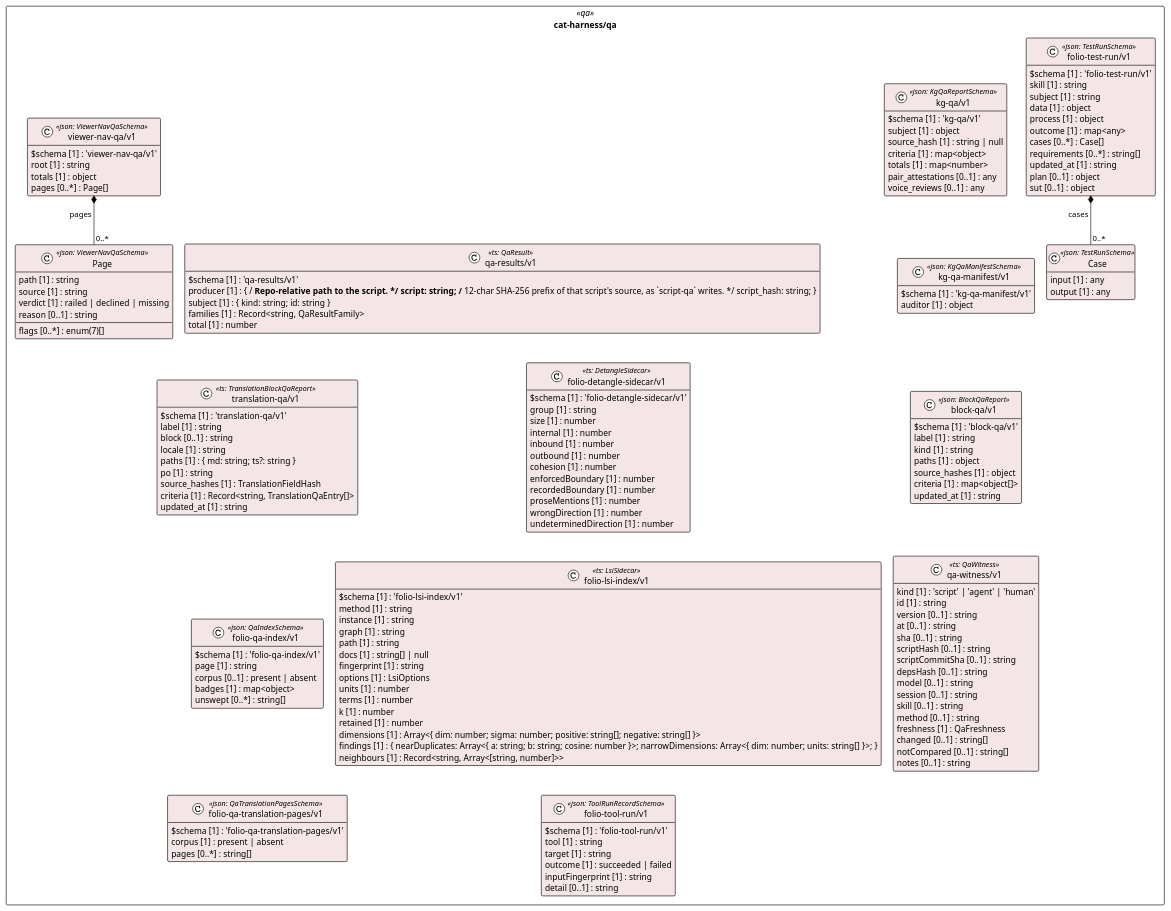
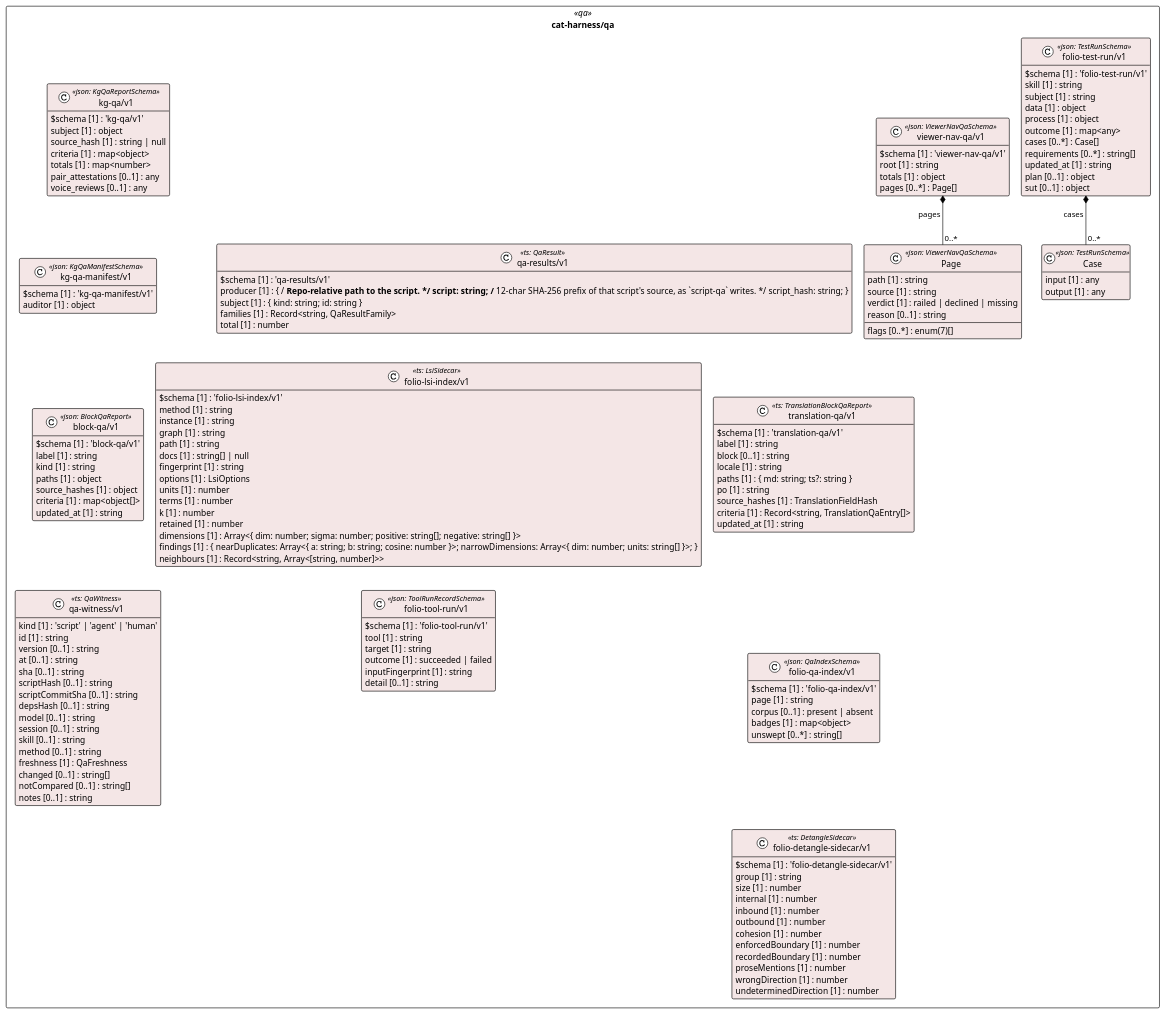
Before and after one commit to litlfred/folio-assistant: the diagram in cat-harness/uml/overview/cat-harness/qa.puml, drawn with PlantUML. The commit also changed 12 other files, not shown here.

```diff
--- a/cat-harness/uml/overview/cat-harness/qa.puml
+++ b/cat-harness/uml/overview/cat-harness/qa.puml
@@ -3,153 +3,148 @@
 @startuml cat_harness_qa
 !pragma layout elk
 !theme plain
 skinparam classAttributeIconSize 0
 skinparam shadowing false
 skinparam packageStyle rectangle
 hide empty methods
 
 package "cat-harness/qa" as pkg_cat_harness_qa <<qa>> {
   class "kg-qa/v1" as cat_harness_qa_kg_qa_v1_kg_qa_v1 <<json: KgQaReportSchema>> #f4e6e6 {
     $schema [1] : 'kg-qa/v1'
     subject [1] : object
     source_hash [1] : string | null
     criteria [1] : map<object>
     totals [1] : map<number>
     pair_attestations [0..1] : any
     voice_reviews [0..1] : any
   }
   class "kg-qa-manifest/v1" as cat_harness_qa_kg_qa_manifest_v1_kg_qa_manifest_v1 <<json: KgQaManifestSchema>> #f4e6e6 {
     $schema [1] : 'kg-qa-manifest/v1'
     auditor [1] : object
   }
   class "block-qa/v1" as cat_harness_qa_block_qa_v1_block_qa_v1 <<json: BlockQaReport>> #f4e6e6 {
     $schema [1] : 'block-qa/v1'
     label [1] : string
     kind [1] : string
     paths [1] : object
     source_hashes [1] : object
     criteria [1] : map<object[]>
     updated_at [1] : string
   }
   class "Case" as cat_harness_qa_folio_test_run_v1_Case <<json: TestRunSchema>> #f4e6e6 {
     input [1] : any
     output [1] : any
   }
   class "folio-test-run/v1" as cat_harness_qa_folio_test_run_v1_folio_test_run_v1 <<json: TestRunSchema>> #f4e6e6 {
     $schema [1] : 'folio-test-run/v1'
     skill [1] : string
     subject [1] : string
     data [1] : object
     process [1] : object
     outcome [1] : map<any>
     cases [0..*] : Case[]
     requirements [0..*] : string[]
     updated_at [1] : string
     plan [0..1] : object
     sut [0..1] : object
   }
   class "qa-witness/v1" as cat_harness_qa_qa_witness_v1 <<ts: QaWitness>> #f4e6e6 {
     kind [1] : 'script' | 'agent' | 'human'
     id [1] : string
     version [0..1] : string
     at [0..1] : string
     sha [0..1] : string
     scriptHash [0..1] : string
     scriptCommitSha [0..1] : string
     depsHash [0..1] : string
     model [0..1] : string
     session [0..1] : string
     skill [0..1] : string
     method [0..1] : string
     freshness [1] : QaFreshness
     changed [0..1] : string[]
     notCompared [0..1] : string[]
     notes [0..1] : string
   }
   class "qa-results/v1" as cat_harness_qa_qa_results_v1 <<ts: QaResult>> #f4e6e6 {
     $schema [1] : 'qa-results/v1'
     producer [1] : { /** Repo-relative path to the script. */ script: string; /** 12-char SHA-256 prefix of that script's source, as `script-qa` writes. */ script_hash: string; }
     subject [1] : { kind: string; id: string }
     families [1] : Record<string, QaResultFamily>
     total [1] : number
   }
   class "translation-qa/v1" as cat_harness_qa_translation_qa_v1 <<ts: TranslationBlockQaReport>> #f4e6e6 {
     $schema [1] : 'translation-qa/v1'
     label [1] : string
     block [0..1] : string
     locale [1] : string
     paths [1] : { md: string; ts?: string }
     po [1] : string
     source_hashes [1] : TranslationFieldHash
     criteria [1] : Record<string, TranslationQaEntry[]>
     updated_at [1] : string
   }
   class "folio-qa-index/v1" as cat_harness_qa_folio_qa_index_v1_folio_qa_index_v1 <<json: QaIndexSchema>> #f4e6e6 {
     $schema [1] : 'folio-qa-index/v1'
     page [1] : string
     corpus [0..1] : present | absent
     badges [1] : map<object>
     unswept [0..*] : string[]
   }
-  class "folio-qa-translation-pages/v1" as cat_harness_qa_folio_qa_translation_pages_v1_folio_qa_translation_pages_v1 <<json: QaTranslationPagesSchema>> #f4e6e6 {
-    $schema [1] : 'folio-qa-translation-pages/v1'
-    corpus [1] : present | absent
-    pages [0..*] : string[]
-  }
   class "folio-detangle-sidecar/v1" as cat_harness_qa_folio_detangle_sidecar_v1 <<ts: DetangleSidecar>> #f4e6e6 {
     $schema [1] : 'folio-detangle-sidecar/v1'
     group [1] : string
     size [1] : number
     internal [1] : number
     inbound [1] : number
     outbound [1] : number
     cohesion [1] : number
     enforcedBoundary [1] : number
     recordedBoundary [1] : number
     proseMentions [1] : number
     wrongDirection [1] : number
     undeterminedDirection [1] : number
   }
   class "folio-lsi-index/v1" as cat_harness_qa_folio_lsi_index_v1 <<ts: LsiSidecar>> #f4e6e6 {
     $schema [1] : 'folio-lsi-index/v1'
     method [1] : string
     instance [1] : string
     graph [1] : string
     path [1] : string
     docs [1] : string[] | null
     fingerprint [1] : string
     options [1] : LsiOptions
     units [1] : number
     terms [1] : number
     k [1] : number
     retained [1] : number
     dimensions [1] : Array<{ dim: number; sigma: number; positive: string[]; negative: string[] }>
     findings [1] : { nearDuplicates: Array<{ a: string; b: string; cosine: number }>; narrowDimensions: Array<{ dim: number; units: string[] }>; }
     neighbours [1] : Record<string, Array<[string, number]>>
   }
   class "folio-tool-run/v1" as cat_harness_qa_folio_tool_run_v1_folio_tool_run_v1 <<json: ToolRunRecordSchema>> #f4e6e6 {
     $schema [1] : 'folio-tool-run/v1'
     tool [1] : string
     target [1] : string
     outcome [1] : succeeded | failed
     inputFingerprint [1] : string
     detail [0..1] : string
   }
   class "Page" as cat_harness_qa_viewer_nav_qa_v1_Page <<json: ViewerNavQaSchema>> #f4e6e6 {
     path [1] : string
     source [1] : string
     verdict [1] : railed | declined | missing
     reason [0..1] : string
     flags [0..*] : enum(7)[]
   }
   class "viewer-nav-qa/v1" as cat_harness_qa_viewer_nav_qa_v1_viewer_nav_qa_v1 <<json: ViewerNavQaSchema>> #f4e6e6 {
     $schema [1] : 'viewer-nav-qa/v1'
     root [1] : string
     totals [1] : object
     pages [0..*] : Page[]
   }
 }
 
 cat_harness_qa_folio_test_run_v1_folio_test_run_v1 *-- "0..*" cat_harness_qa_folio_test_run_v1_Case : cases
 cat_harness_qa_viewer_nav_qa_v1_viewer_nav_qa_v1 *-- "0..*" cat_harness_qa_viewer_nav_qa_v1_Page : pages
 @enduml
```
